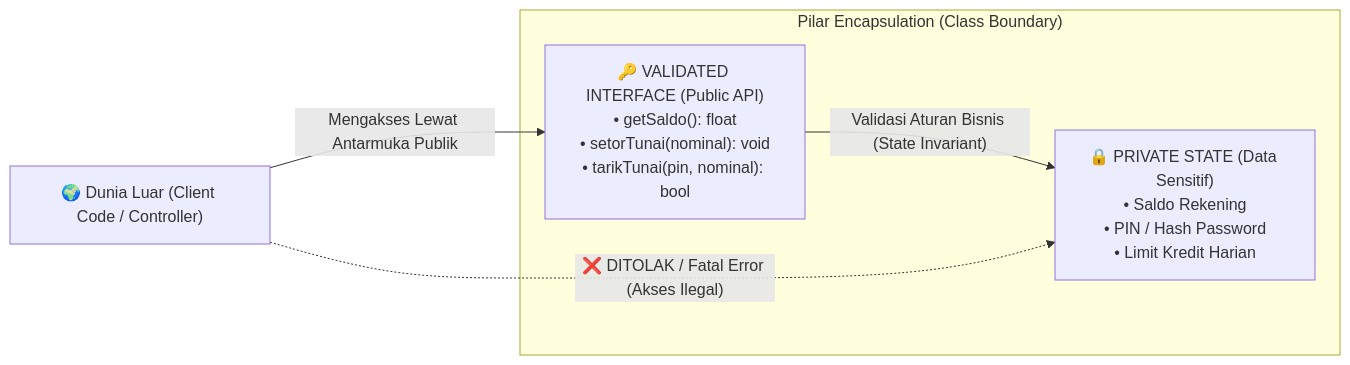
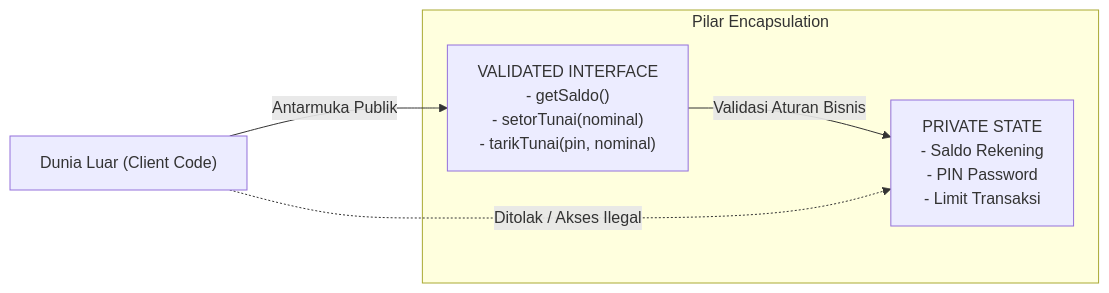
The diagram in docs/pemrograman-oop-php/encapsulation.md (mahendaruui/Perkuliahan), drawn with Mermaid before and after one commit. The commit also changed 5 other files, not shown here.

Commit message:
docs: enhance OOP documentation with refined mermaid diagrams and theoretical depth on polymorphism

````diff
--- a/docs/pemrograman-oop-php/encapsulation.md
+++ b/docs/pemrograman-oop-php/encapsulation.md
@@ -19,11 +19,11 @@
 ```mermaid
 flowchart LR
-    subgraph Kapsul ["Pilar Encapsulation (Class Boundary)"]
-        PrivateData["🔒 PRIVATE STATE (Data Sensitif)<br>• Saldo Rekening<br>• PIN / Hash Password<br>• Limit Kredit Harian"]
-        PublicMethod["🔑 VALIDATED INTERFACE (Public API)<br>• getSaldo(): float<br>• setorTunai(nominal): void<br>• tarikTunai(pin, nominal): bool"]
-        PublicMethod -->|"Validasi Aturan Bisnis (State Invariant)"| PrivateData
+    subgraph Kapsul["Pilar Encapsulation"]
+        PrivateData["PRIVATE STATE<br>- Saldo Rekening<br>- PIN Password<br>- Limit Transaksi"]
+        PublicMethod["VALIDATED INTERFACE<br>- getSaldo()<br>- setorTunai(nominal)<br>- tarikTunai(pin, nominal)"]
+        PublicMethod -->|Validasi Aturan Bisnis| PrivateData
     end
 
-    Luar["🌍 Dunia Luar (Client Code / Controller)"] -->|"Mengakses Lewat Antarmuka Publik"| PublicMethod
-    Luar -.->|"❌ DITOLAK / Fatal Error (Akses Ilegal)"| PrivateData
+    Luar["Dunia Luar (Client Code)"] -->|Antarmuka Publik| PublicMethod
+    Luar -.->|Ditolak / Akses Ilegal| PrivateData
 ```
````
